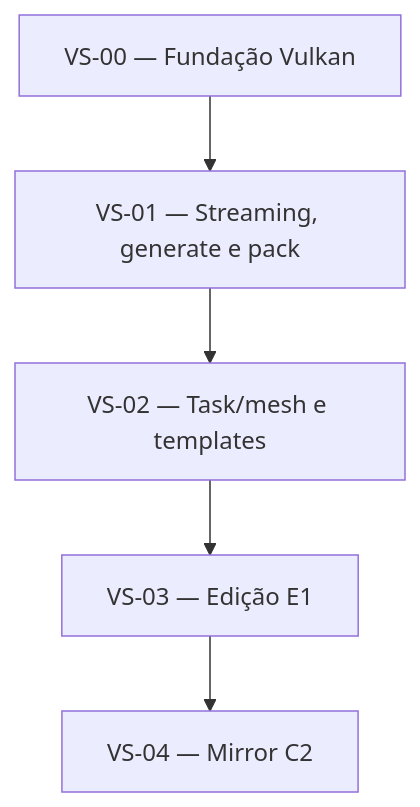
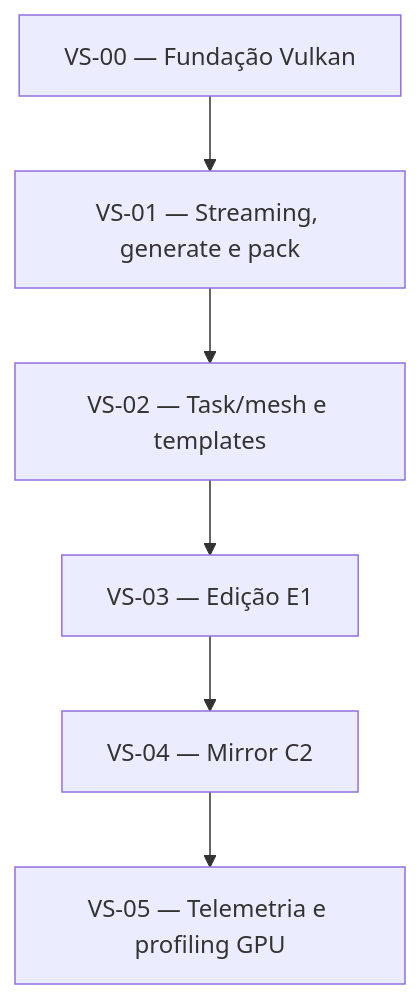
The diagram in docs/obsidian/tracking/dependencias.md (Ruannilton/vox), drawn with Mermaid before and after one commit. The commit also changed other lines of this file and 4 other files, not shown here.

Commit message:
VS-05 — Telemetria e profiling GPU: spec elaborada e aprovada (ADR-T1 aceita)

````diff
--- a/docs/obsidian/tracking/dependencias.md
+++ b/docs/obsidian/tracking/dependencias.md
@@ -7,13 +7,15 @@
 ```mermaid
 graph TD
     VS00[VS-00 — Fundação Vulkan]
     VS01[VS-01 — Streaming, generate e pack]
     VS02[VS-02 — Task/mesh e templates]
     VS03[VS-03 — Edição E1]
     VS04[VS-04 — Mirror C2]
+    VS05[VS-05 — Telemetria e profiling GPU]
 
     VS00 --> VS01
     VS01 --> VS02
     VS02 --> VS03
     VS03 --> VS04
+    VS04 --> VS05
 ```
````
